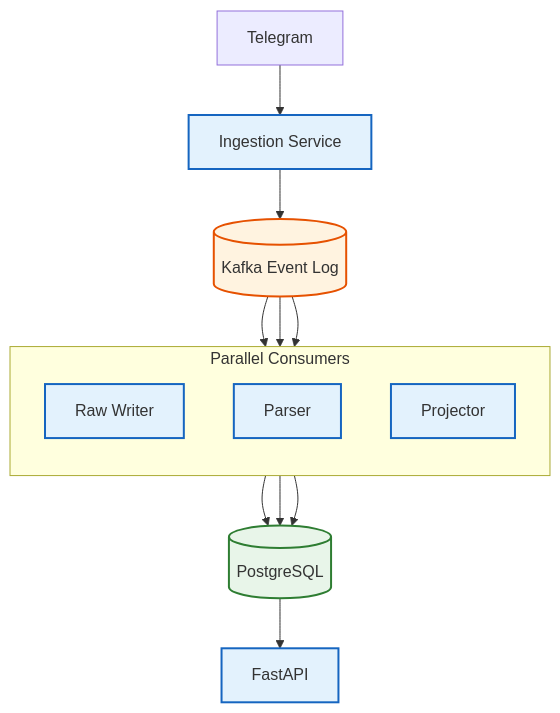
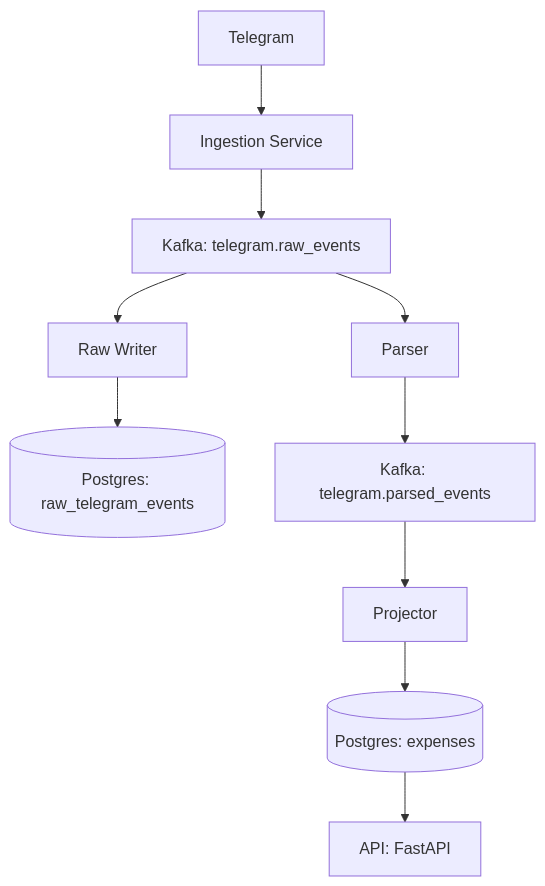
One commit to atmades/Telegram-Event-Driven-Data-Platform changed the diagram in docs/architecture.md. Above: the diagram before and after it, drawn with Mermaid. The commit also changed 2 other files, not shown here.

````diff
--- a/docs/architecture.md
+++ b/docs/architecture.md
@@ -8,31 +8,17 @@
 ```mermaid
-graph TD
-    TG[Telegram] --> ING[Ingestion Service]
-    ING --> KAFKA[(Kafka Event Log)]
-    
-    subgraph CONSUMERS [Parallel Consumers]
-        direction TB
-        RW[Raw Writer]
-        PARSER[Parser]
-        PROJ[Projector]
-    end
-    
-    KAFKA --> RW
-    KAFKA --> PARSER
-    KAFKA --> PROJ
-    
-    RW --> DB[(PostgreSQL)]
-    PARSER --> DB
-    PROJ --> DB
-    
-    DB --> API[FastAPI]
-    
-    classDef svc fill:#e3f2fd,stroke:#1565c0,stroke-width:2px;
-    classDef mq fill:#fff3e0,stroke:#e65100,stroke-width:2px;
-    classDef db fill:#e8f5e9,stroke:#2e7d32,stroke-width:2px;
-    
-    class ING,RW,PARSER,PROJ,API svc;
-    class KAFKA mq;
-    class DB db;
+flowchart TD
 
+A[Telegram] --> B[Ingestion Service]
+B --> C[Kafka: telegram.raw_events]
+
+C --> D[Raw Writer]
+D --> E[(Postgres: raw_telegram_events)]
+
+C --> F[Parser]
+F --> G[Kafka: telegram.parsed_events]
+
+G --> H[Projector]
+H --> I[(Postgres: expenses)]
+
+I --> J[API: FastAPI]
 ```
````
